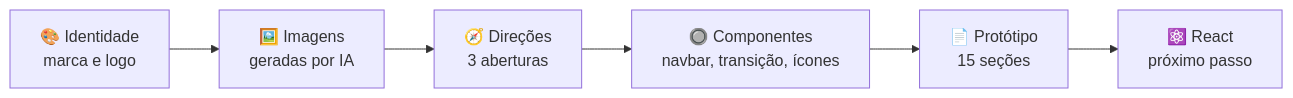
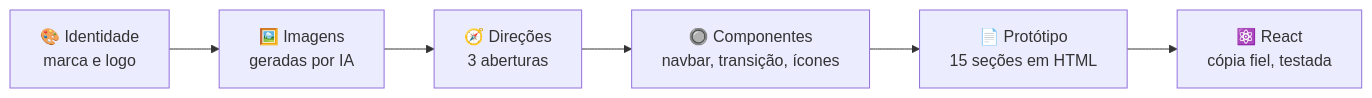
The diagram in README.md (guilhermesolagarcia/Mangobook-Repo), drawn with Mermaid before and after one commit. The commit also changed other lines of this file and 12 other files, not shown here.

````diff
--- a/README.md
+++ b/README.md
@@ -160,8 +177,8 @@
 ```mermaid
 flowchart LR
     A["🎨 Identidade<br/>marca e logo"] --> B["🖼️ Imagens<br/>geradas por IA"]
     B --> C["🧭 Direções<br/>3 aberturas"]
     C --> D["🔘 Componentes<br/>navbar, transição, ícones"]
-    D --> E["📄 Protótipo<br/>15 seções"]
-    E --> F["⚛️ React<br/>próximo passo"]
+    D --> E["📄 Protótipo<br/>15 seções em HTML"]
+    E --> F["⚛️ React<br/>cópia fiel, testada"]
 ```
````
